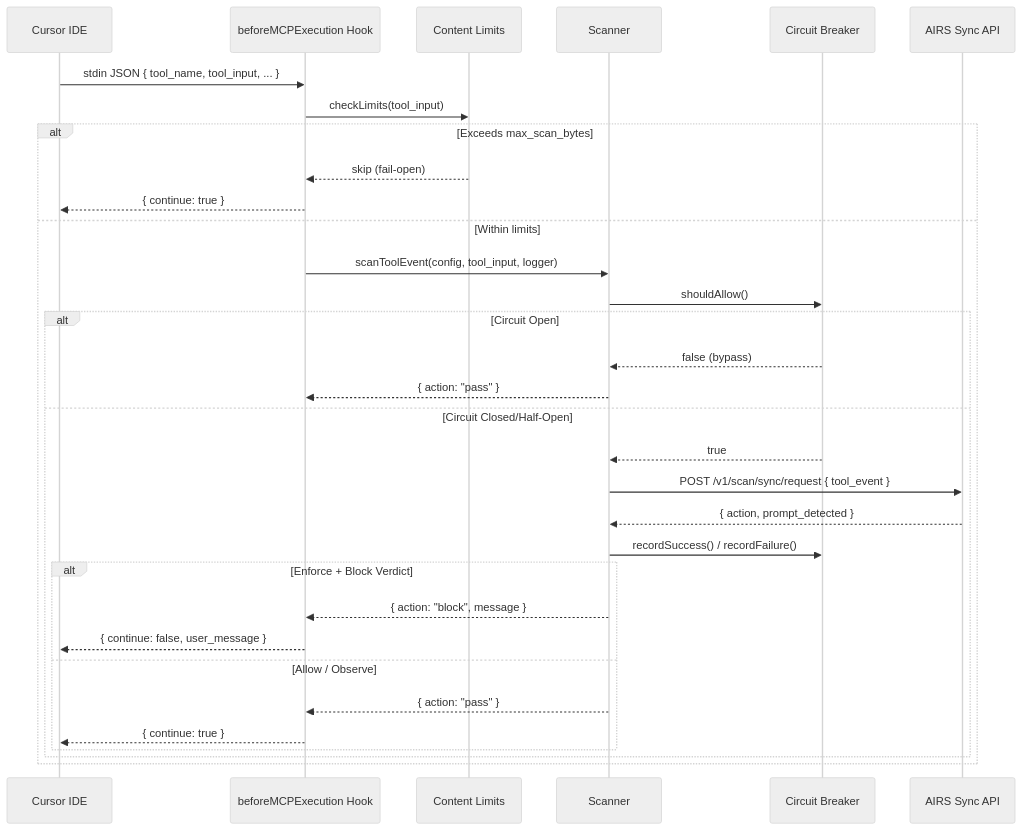
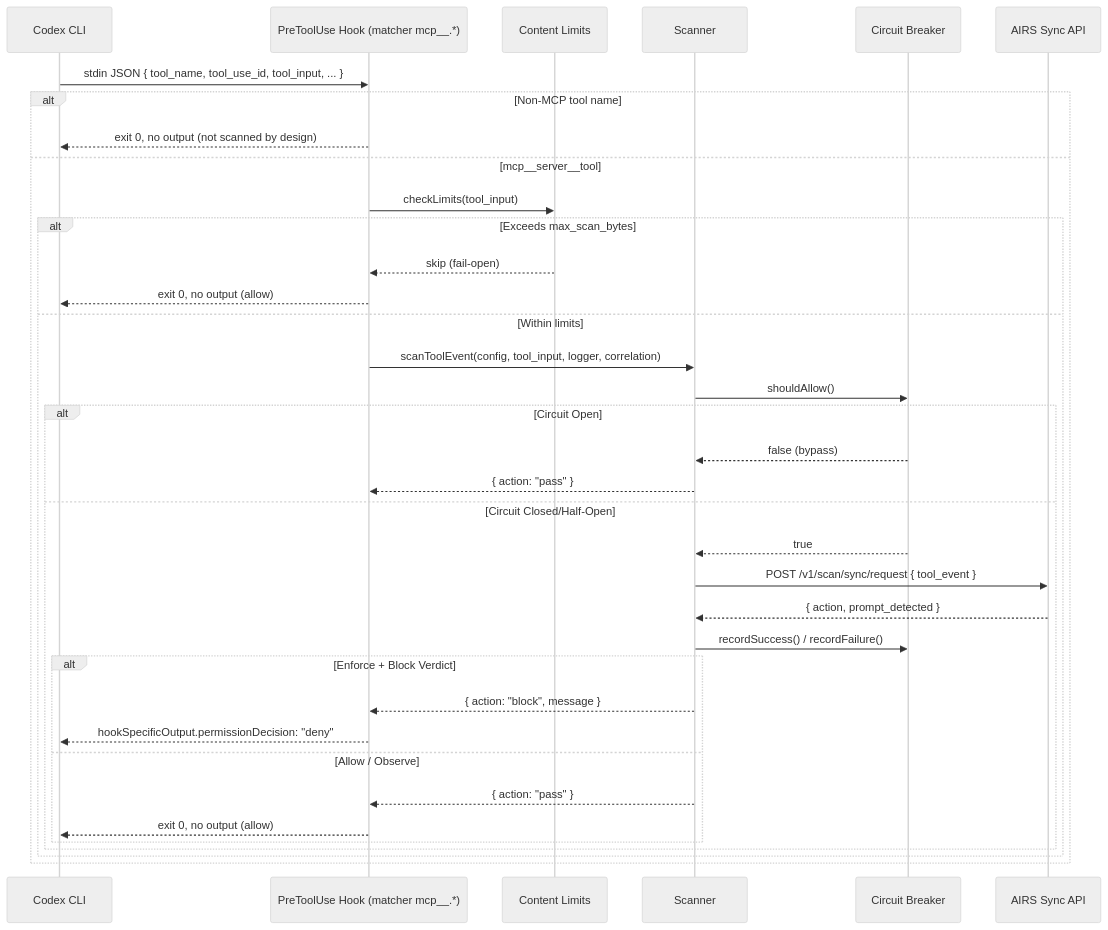
Before and after one commit to cdot65/prisma-airs-codex-hooks: the third of 4 diagrams in docs/architecture/scanning-flow.md, drawn with Mermaid (neutral theme). The commit also changed other lines of this file and 23 other files, not shown here.

````diff
--- a/docs/architecture/scanning-flow.md
+++ b/docs/architecture/scanning-flow.md
@@ -76,35 +80,39 @@
 ```mermaid
 sequenceDiagram
-    participant C as Cursor IDE
-    participant H as beforeMCPExecution Hook
+    participant C as Codex CLI
+    participant H as PreToolUse Hook (matcher mcp__.*)
     participant CL as Content Limits
     participant S as Scanner
     participant CB as Circuit Breaker
     participant A as AIRS Sync API
 
-    C->>H: stdin JSON { tool_name, tool_input, ... }
-    H->>CL: checkLimits(tool_input)
-    alt Exceeds max_scan_bytes
-        CL-->>H: skip (fail-open)
-        H-->>C: { continue: true }
-    else Within limits
-        H->>S: scanToolEvent(config, tool_input, logger)
-        S->>CB: shouldAllow()
-        alt Circuit Open
-            CB-->>S: false (bypass)
-            S-->>H: { action: "pass" }
-        else Circuit Closed/Half-Open
-            CB-->>S: true
-            S->>A: POST /v1/scan/sync/request { tool_event }
-            A-->>S: { action, prompt_detected }
-            S->>CB: recordSuccess() / recordFailure()
-            alt Enforce + Block Verdict
-                S-->>H: { action: "block", message }
-                H-->>C: { continue: false, user_message }
-            else Allow / Observe
+    C->>H: stdin JSON { tool_name, tool_use_id, tool_input, ... }
+    alt Non-MCP tool name
+        H-->>C: exit 0, no output (not scanned by design)
+    else mcp__server__tool
+        H->>CL: checkLimits(tool_input)
+        alt Exceeds max_scan_bytes
+            CL-->>H: skip (fail-open)
+            H-->>C: exit 0, no output (allow)
+        else Within limits
+            H->>S: scanToolEvent(config, tool_input, logger, correlation)
+            S->>CB: shouldAllow()
+            alt Circuit Open
+                CB-->>S: false (bypass)
                 S-->>H: { action: "pass" }
-                H-->>C: { continue: true }
+            else Circuit Closed/Half-Open
+                CB-->>S: true
+                S->>A: POST /v1/scan/sync/request { tool_event }
+                A-->>S: { action, prompt_detected }
+                S->>CB: recordSuccess() / recordFailure()
+                alt Enforce + Block Verdict
+                    S-->>H: { action: "block", message }
+                    H-->>C: hookSpecificOutput.permissionDecision: "deny"
+                else Allow / Observe
+                    S-->>H: { action: "pass" }
+                    H-->>C: exit 0, no output (allow)
+                end
             end
         end
     end
 ```
````
